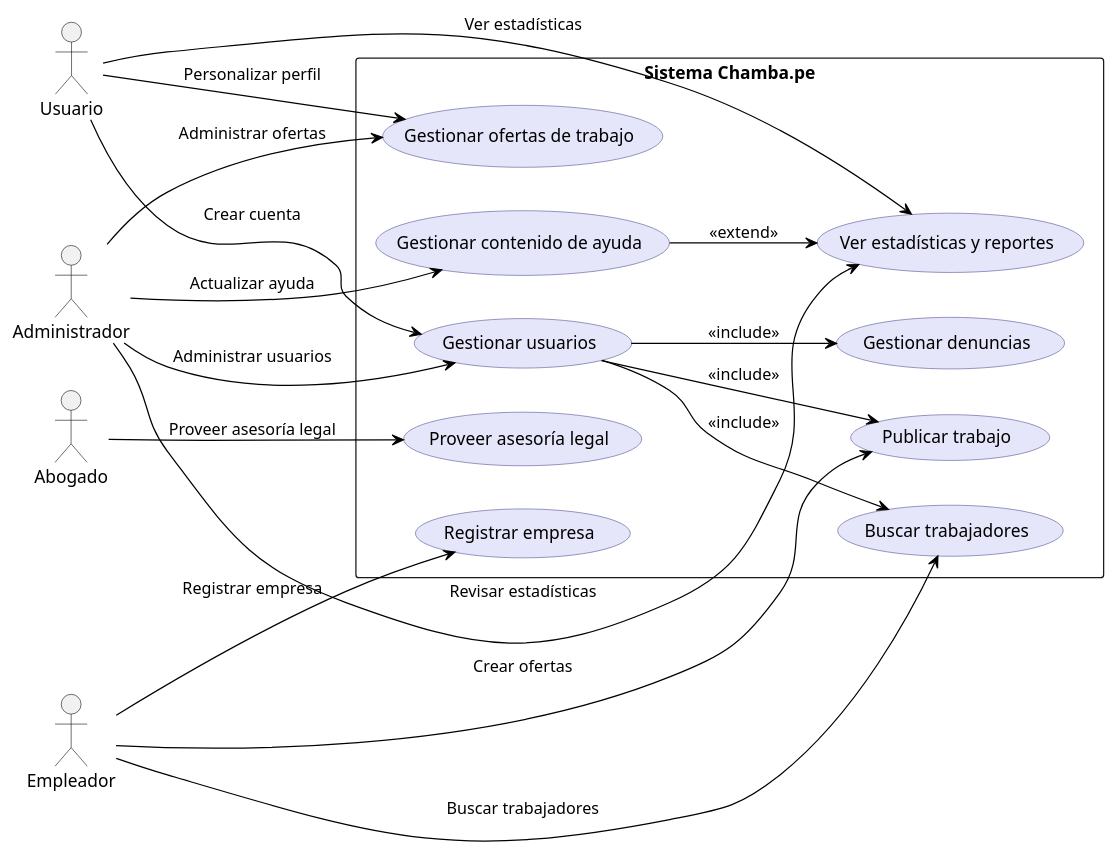
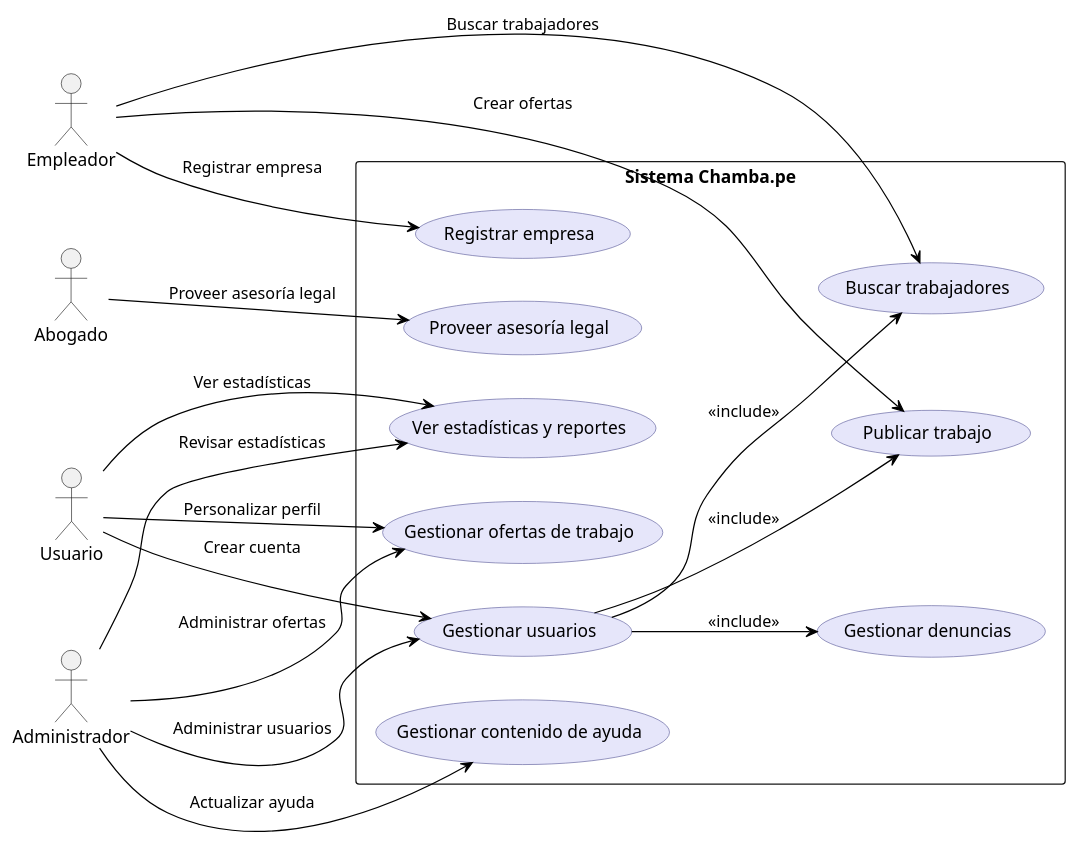
One commit to FarisR2/Champe.pe-Modelo-UML changed the diagram in general.puml. Above: the diagram before and after it, drawn with PlantUML. The commit also changed 8 other files, not shown here.

```diff
--- a/general.puml
+++ b/general.puml
@@ -1,51 +1,51 @@
 @startuml uml
 left to right direction
 skinparam packageStyle rectangle
 skinparam backgroundColor #ffffff
 skinparam usecase {
   BackgroundColor #e6e6fa
   BorderColor #5a5a99
   ArrowColor Black
   FontColor Black
 }
 
 actor "Abogado" as Abogado
 actor "Administrador" as Administrador
 actor "Usuario" as Usuario
 actor "Empleador" as Empleador
 
 rectangle "Sistema Chamba.pe" {
 
   ' Casos de uso generales
   usecase "Gestionar usuarios" as UC01
   usecase "Gestionar denuncias" as UC02
   usecase "Gestionar ofertas de trabajo" as UC03
   usecase "Gestionar contenido de ayuda" as UC04
   usecase "Ver estadísticas y reportes" as UC05
   usecase "Registrar empresa" as UC06
   usecase "Publicar trabajo" as UC07
   usecase "Buscar trabajadores" as UC08
   usecase "Proveer asesoría legal" as UC09
 
   ' Relaciones include/extend
   UC01 --> UC02 : <<include>>
   UC01 --> UC07 : <<include>>
   UC01 --> UC08 : <<include>>
-  UC04 --> UC05 : <<extend>>
+ 
 
 }
 
 ' Relaciones de actores con casos de uso
 Abogado --> UC09 : Proveer asesoría legal
 Administrador --> UC01 : Administrar usuarios
 Administrador --> UC03 : Administrar ofertas
 Administrador --> UC04 : Actualizar ayuda
 Administrador --> UC05 : Revisar estadísticas
 Empleador --> UC06 : Registrar empresa
 Empleador --> UC07 : Crear ofertas
 Empleador --> UC08 : Buscar trabajadores
 Usuario --> UC01 : Crear cuenta
 Usuario --> UC03 : Personalizar perfil
 Usuario --> UC05 : Ver estadísticas
 
 @enduml
```
